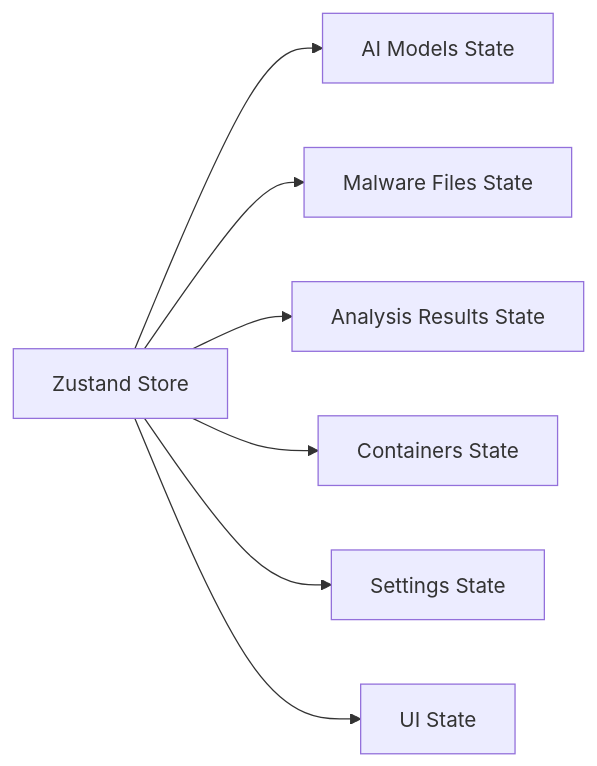
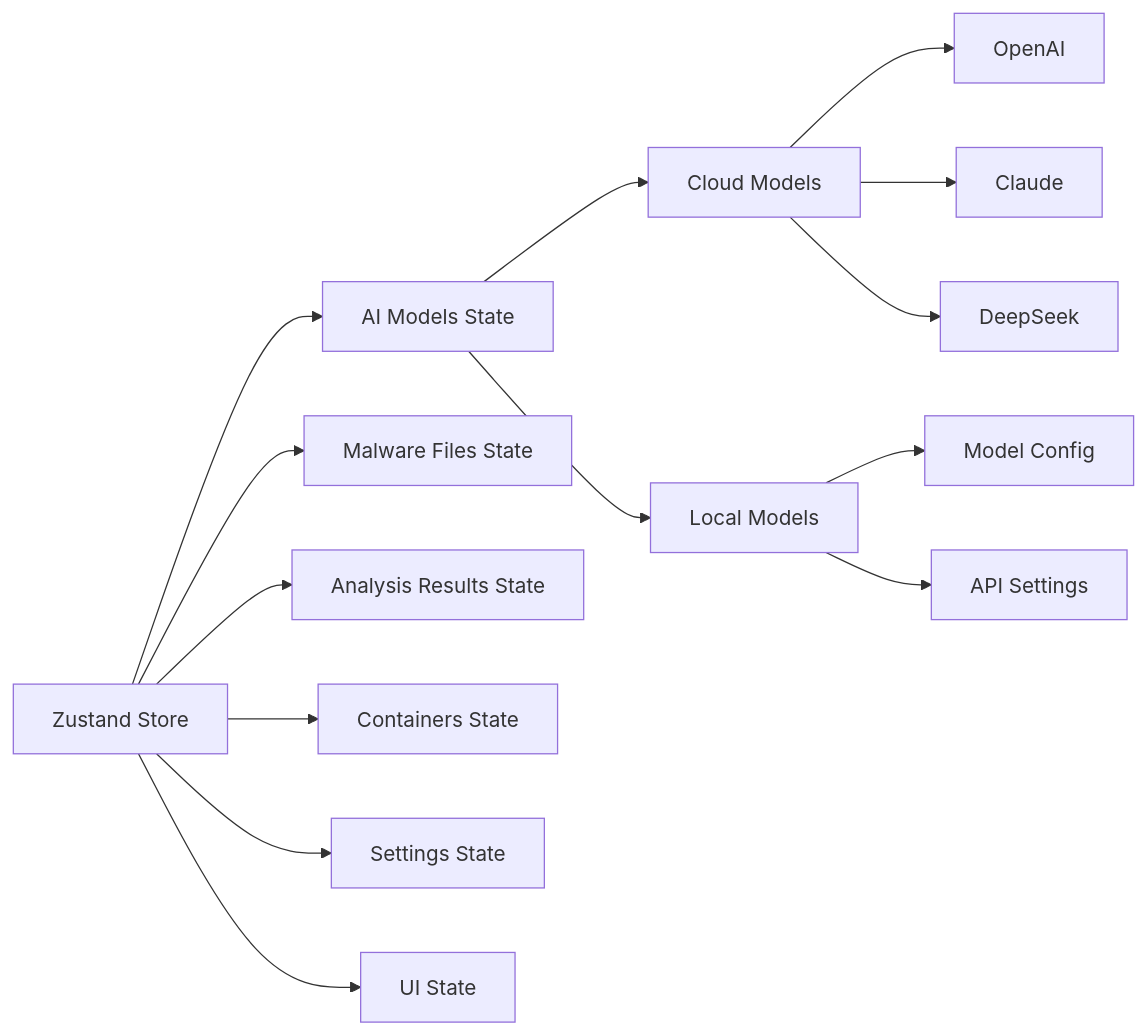
One commit to radicalkjax/Athena changed the fourth of 7 diagrams in README.md. Above: the diagram before and after it, drawn with Mermaid. The commit also changed other lines of this file and 114 other files, not shown here.

````diff
--- a/README.md
+++ b/README.md
@@ -122,9 +129,19 @@
 ```mermaid
 flowchart LR
     A[Zustand Store] --> B[AI Models State]
     A --> C[Malware Files State]
     A --> D[Analysis Results State]
     A --> E[Containers State]
     A --> F[Settings State]
     A --> G[UI State]
+    
+    B --> B1[Cloud Models]
+    B --> B2[Local Models]
+    
+    B1 --> B1a[OpenAI]
+    B1 --> B1b[Claude]
+    B1 --> B1c[DeepSeek]
+    
+    B2 --> B2a[Model Config]
+    B2 --> B2b[API Settings]
 ```
````
